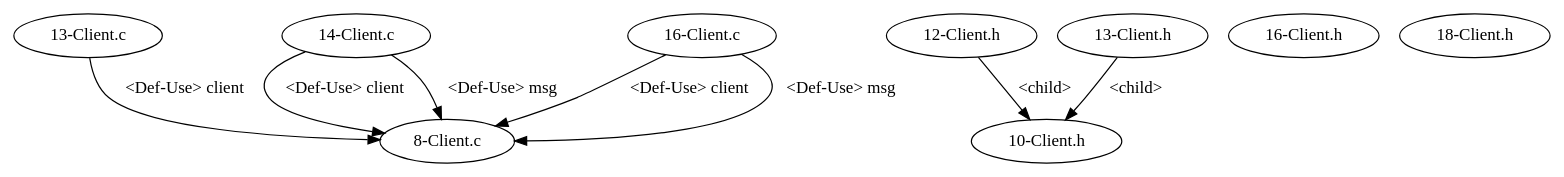
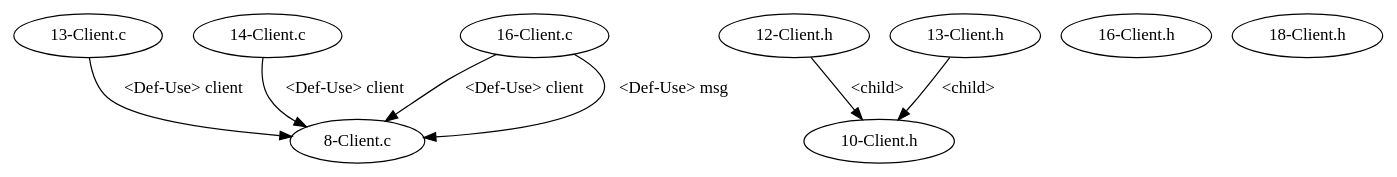
Before and after one commit to shuiblue/JDimeForCpp: the diagram in testcpp/dependencyGraph/EmailSystem/test_10/graph.gv, drawn with Graphviz. The commit also changed 8 other files, not shown here.

```diff
--- a/testcpp/dependencyGraph/EmailSystem/test_10/graph.gv
+++ b/testcpp/dependencyGraph/EmailSystem/test_10/graph.gv
@@ -1,18 +1,17 @@
 digraph {
 1 [label = "8-Client.c"];
 2 [label = "13-Client.c"];
 2 -> 1[label="<Def-Use> client"];
 3 [label = "14-Client.c"];
 3 -> 1[label="<Def-Use> client"];
-3 -> 1[label="<Def-Use> msg"];
 4 [label = "16-Client.c"];
 4 -> 1[label="<Def-Use> client"];
 4 -> 1[label="<Def-Use> msg"];
 5 [label = "10-Client.h"];
 6 [label = "12-Client.h"];
 7 [label = "13-Client.h"];
+6 -> 5[label="<child>"];
 7 -> 5[label="<child>"];
-6 -> 5[label="<child>"];
 8 [label = "16-Client.h"];
 9 [label = "18-Client.h"];
 }
```
